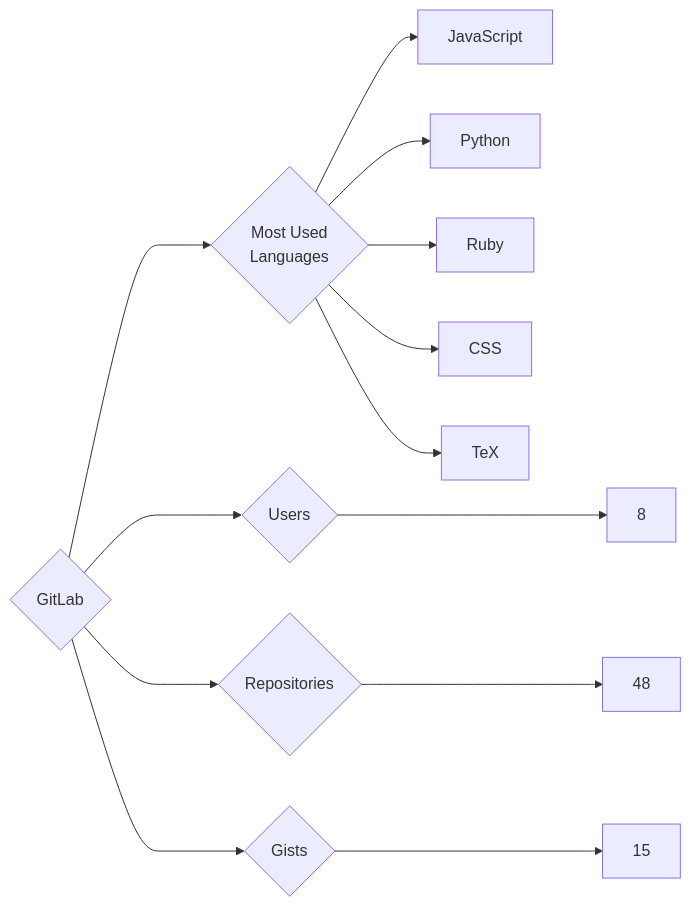
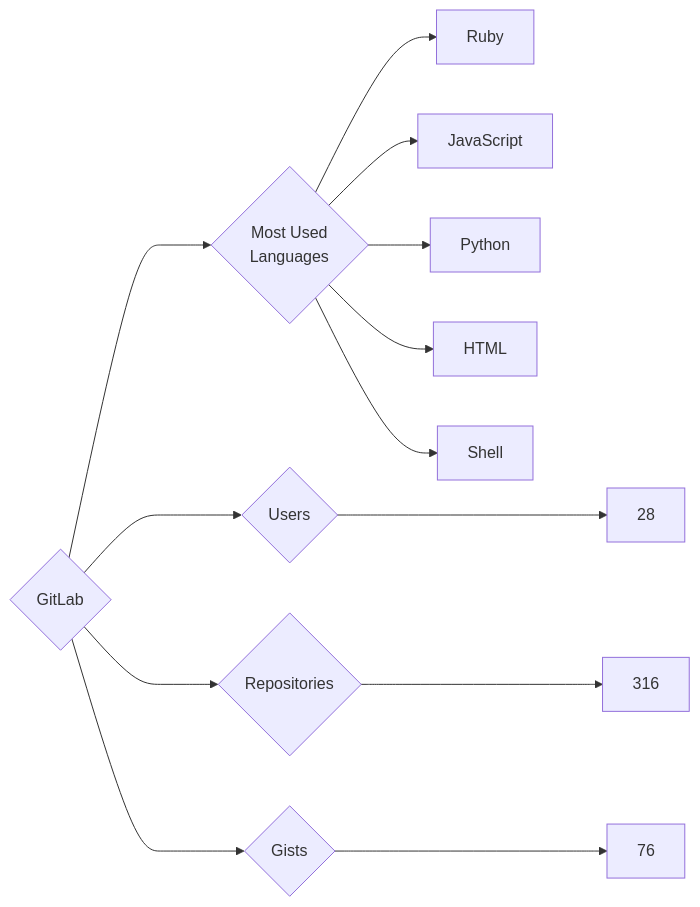
One commit to trickest/insiders changed the diagram in targets/GitLab/README.md. Above: the diagram before and after it, drawn with Mermaid. The commit also changed 984 other files, not shown here.

````diff
--- a/targets/GitLab/README.md
+++ b/targets/GitLab/README.md
@@ -3,13 +3,13 @@
 ```mermaid
 graph LR
 COMPANY_NAME{GitLab}
-COMPANY_NAME ---> U{Users} ---> UN[8]
-COMPANY_NAME ---> R{Repositories} ---> RN[48]
-COMPANY_NAME ---> G{Gists} ---> GN[15]
+COMPANY_NAME ---> U{Users} ---> UN[28]
+COMPANY_NAME ---> R{Repositories} ---> RN[316]
+COMPANY_NAME ---> G{Gists} ---> GN[76]
 COMPANY_NAME ---> ML{Most Used<br>Languages}
-ML --> JavaScript
-ML --> Python
-ML --> Ruby
-ML --> CSS
-ML --> TeX
+ML --> Ruby[Ruby]
+ML --> JavaScript[JavaScript]
+ML --> Python[Python]
+ML --> HTML[HTML]
+ML --> Shell[Shell]
 ```
````
